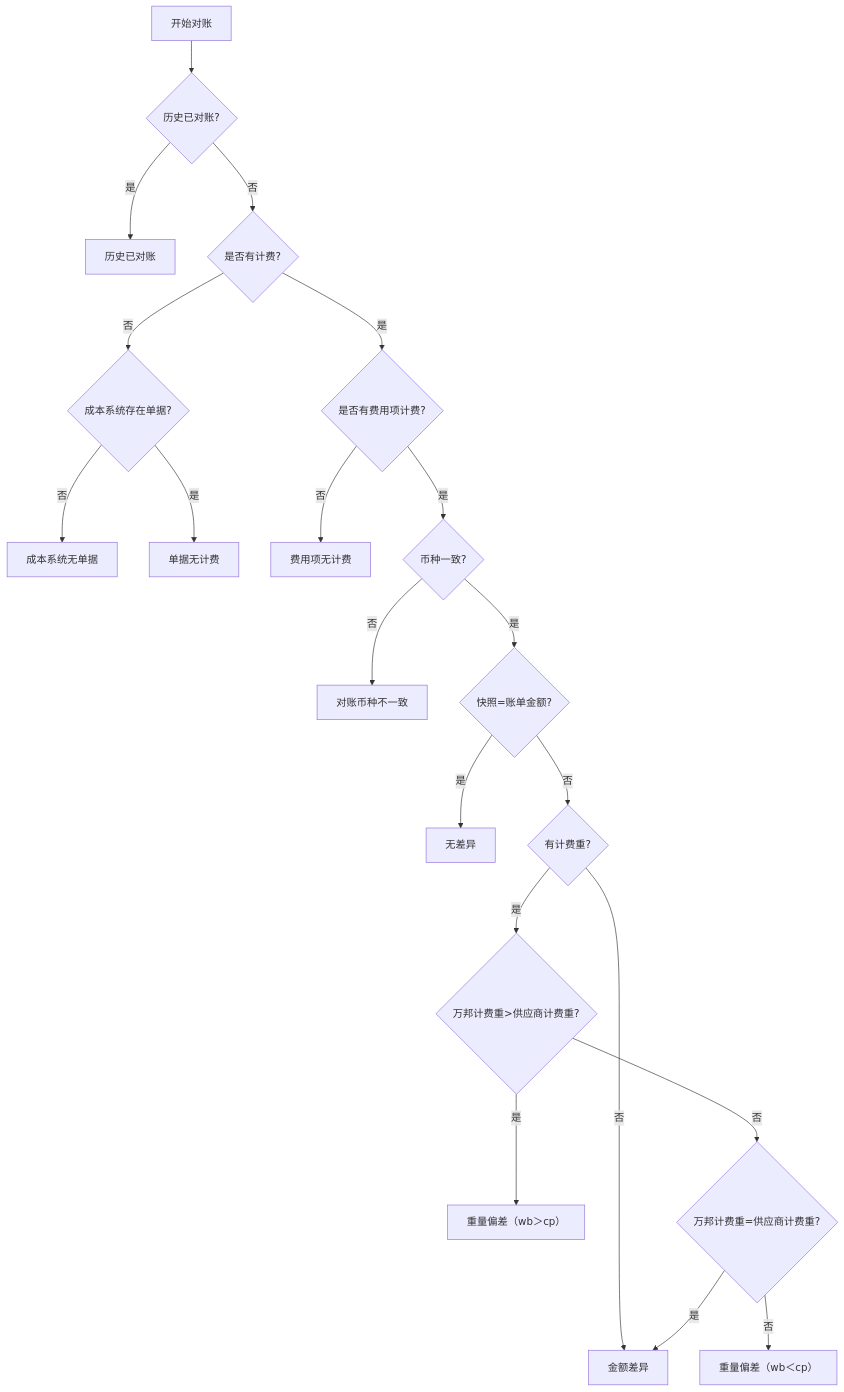
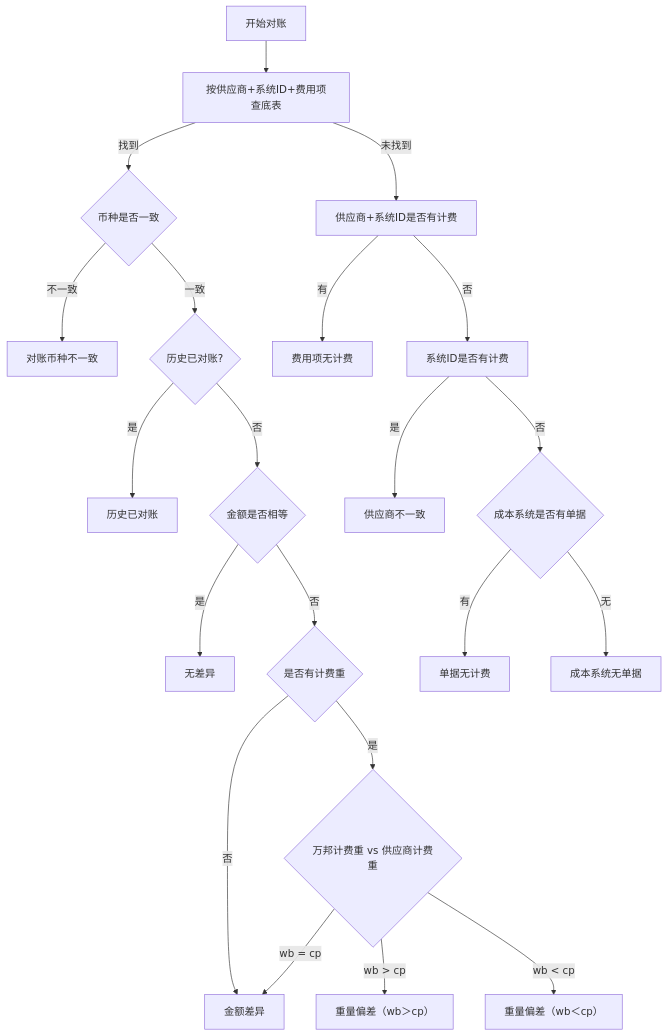
Before and after one commit to ljfjzgz/ljfjzgz.github.io: the diagram in PRDdocs（对账单）/00-业务概况/2.差异类型系统判断逻辑.md, drawn with Mermaid. The commit also changed other lines of this file and 10 other files, not shown here.

````diff
--- a/PRDdocs（对账单）/00-业务概况/2.差异类型系统判断逻辑.md
+++ b/PRDdocs（对账单）/00-业务概况/2.差异类型系统判断逻辑.md
@@ -26,22 +27,24 @@
 ```mermaid
 graph TD
-    A[开始对账] --> F{历史已对账?}
-    F -->|是| G[历史已对账]
-    F -->|否| H{是否有计费?}
-    H -->|否| D{成本系统存在单据?}
-    D -->|否| E[成本系统无单据]
-    D -->|是| I[单据无计费]
-    H -->|是| J{是否有费用项计费?}
-    J -->|否| K[费用项无计费]
-    J -->|是| L{币种一致?}
-    L -->|否| M[对账币种不一致]
-    L -->|是| N{快照=账单金额?}
-    N -->|是| O[无差异]
-    N -->|否| P{有计费重?}
-    P -->|否| Q[金额差异]
-    P -->|是| R{万邦计费重>供应商计费重?}
-    R -->|是| S[重量偏差（wb＞cp）]
-    R -->|否| T{万邦计费重=供应商计费重?}
-    T -->|否| U[重量偏差（wb＜cp）]
-    T -->|是| Q
+    A[开始对账] --> B[按供应商+系统ID+费用项查底表]
+    B -->|找到| C{币种是否一致}
+    C -->|不一致| D[对账币种不一致]
+    C -->|一致| E{历史已对账?}
+    E -->|是| F[历史已对账]
+    E -->|否| G{金额是否相等}
+    G -->|是| H[无差异]
+    G -->|否| I{是否有计费重}
+    I -->|否| J[金额差异]
+    I -->|是| K{万邦计费重 vs 供应商计费重}
+    K -->|wb > cp| L[重量偏差（wb＞cp）]
+    K -->|wb = cp| J
+    K -->|wb < cp| M[重量偏差（wb＜cp）]
+
+    B -->|未找到| N[供应商+系统ID是否有计费]
+    N -->|有| O[费用项无计费]
+    N -->|否| P[系统ID是否有计费]
+    P -->|是| Q[供应商不一致]
+    P -->|否| R{成本系统是否有单据}
+    R -->|有| S[单据无计费]
+    R -->|无| T[成本系统无单据]
 ```
````
